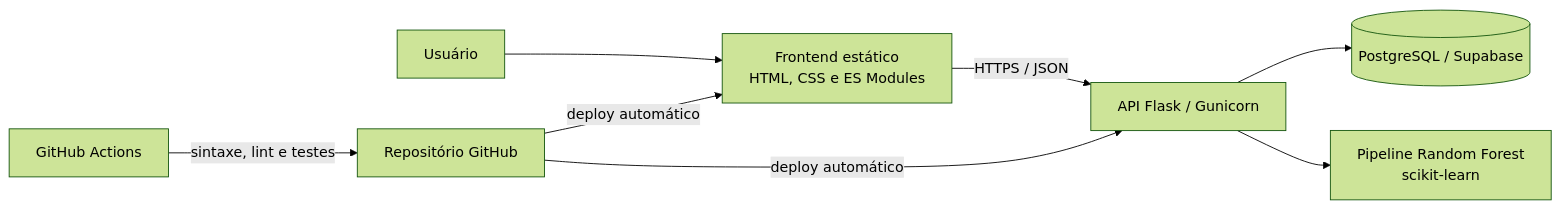
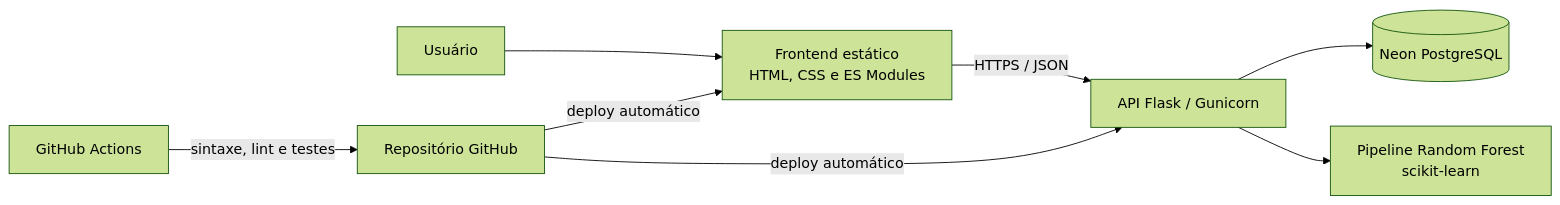
Before and after one commit to Riclacper/data-Science-Dashboard: the diagram in README.md, drawn with Mermaid (forest theme). The commit also changed other lines of this file, not shown here.

Commit message:
docs: atualizar referências do Data Science Dashboard para Neon PostgreSQL

````diff
--- a/README.md
+++ b/README.md
@@ -37,10 +38,10 @@
 ```mermaid
 flowchart LR
     U[Usuário] --> F[Frontend estático<br/>HTML, CSS e ES Modules]
     F -->|HTTPS / JSON| A[API Flask / Gunicorn]
-    A --> D[(PostgreSQL / Supabase)]
+    A --> D[(Neon PostgreSQL)]
     A --> M[Pipeline Random Forest<br/>scikit-learn]
     G[GitHub Actions] -->|sintaxe, lint e testes| R[Repositório GitHub]
     R -->|deploy automático| F
     R -->|deploy automático| A
 ```
````
